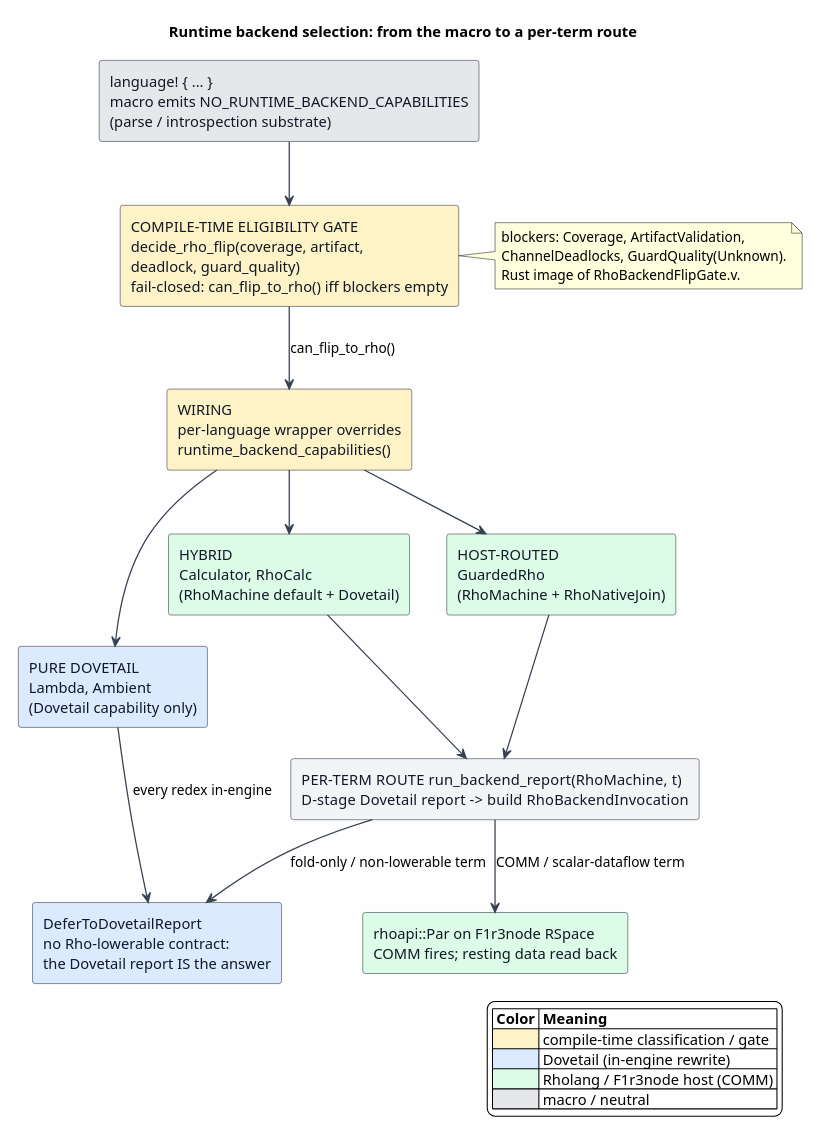
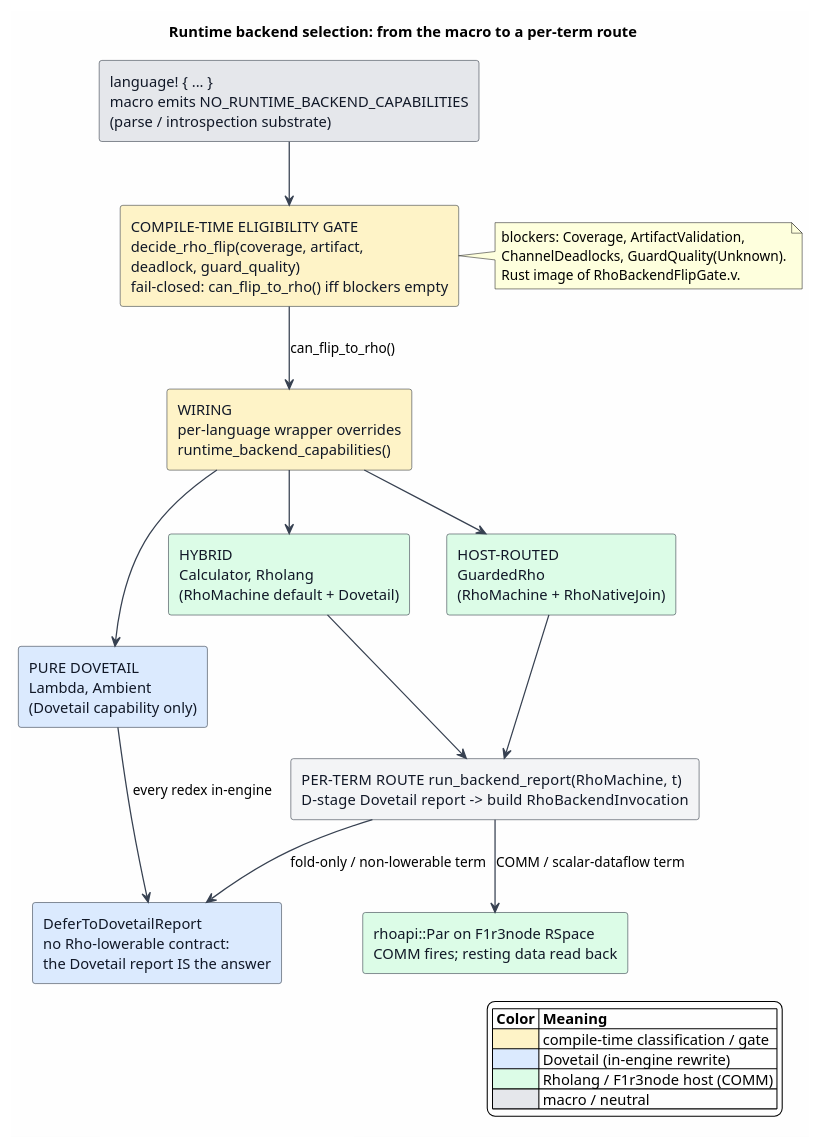
One commit to F1R3FLY-io/mettail-rust changed the diagram in docs/architecture/figures/backend-selection.puml. Above: the diagram before and after it, drawn with PlantUML. The commit also changed 242 other files, not shown here.

```diff
--- a/docs/architecture/figures/backend-selection.puml
+++ b/docs/architecture/figures/backend-selection.puml
@@ -1,51 +1,51 @@
 @startuml
 title Runtime backend selection: from the macro to a per-term route
 
 skinparam backgroundColor #FEFEFE
 skinparam shadowing false
 skinparam ArrowColor #374151
 skinparam ArrowThickness 1.2
 skinparam rectangle {
   BorderColor #1F2937
   FontColor #111827
 }
 
 rectangle "language! { ... }\nmacro emits NO_RUNTIME_BACKEND_CAPABILITIES\n(parse / introspection substrate)" as MACRO #E5E7EB
 
 rectangle "COMPILE-TIME ELIGIBILITY GATE\ndecide_rho_flip(coverage, artifact,\ndeadlock, guard_quality)\nfail-closed: can_flip_to_rho() iff blockers empty" as GATE #FEF3C7
 
 rectangle "WIRING\nper-language wrapper overrides\nruntime_backend_capabilities()" as WIRE #FEF3C7
 
 rectangle "PURE DOVETAIL\nLambda, Ambient\n(Dovetail capability only)" as DOVE #DBEAFE
-rectangle "HYBRID\nCalculator, RhoCalc\n(RhoMachine default + Dovetail)" as HYBRID #DCFCE7
+rectangle "HYBRID\nCalculator, Rholang\n(RhoMachine default + Dovetail)" as HYBRID #DCFCE7
 rectangle "HOST-ROUTED\nGuardedRho\n(RhoMachine + RhoNativeJoin)" as HOST #DCFCE7
 
 rectangle "PER-TERM ROUTE   run_backend_report(RhoMachine, t)\nD-stage Dovetail report  ->  build RhoBackendInvocation" as ROUTE #F3F4F6
 rectangle "DeferToDovetailReport\nno Rho-lowerable contract:\nthe Dovetail report IS the answer" as DEFER #DBEAFE
 rectangle "rhoapi::Par on F1r3node RSpace\nCOMM fires; resting data read back" as PAR #DCFCE7
 
 MACRO --> GATE
 GATE --> WIRE : can_flip_to_rho()
 WIRE --> DOVE
 WIRE --> HYBRID
 WIRE --> HOST
 HYBRID --> ROUTE
 HOST --> ROUTE
 ROUTE --> DEFER : fold-only / non-lowerable term
 ROUTE --> PAR : COMM / scalar-dataflow term
 DOVE --> DEFER : every redex in-engine
 
 note right of GATE
   blockers: Coverage, ArtifactValidation,
   ChannelDeadlocks, GuardQuality(Unknown).
   Rust image of RhoBackendFlipGate.v.
 end note
 
 legend right
 |= Color |= Meaning |
 |<#FEF3C7> | compile-time classification / gate |
 |<#DBEAFE> | Dovetail (in-engine rewrite) |
 |<#DCFCE7> | Rholang / F1r3node host (COMM) |
 |<#E5E7EB> | macro / neutral |
 endlegend
 @enduml
```
